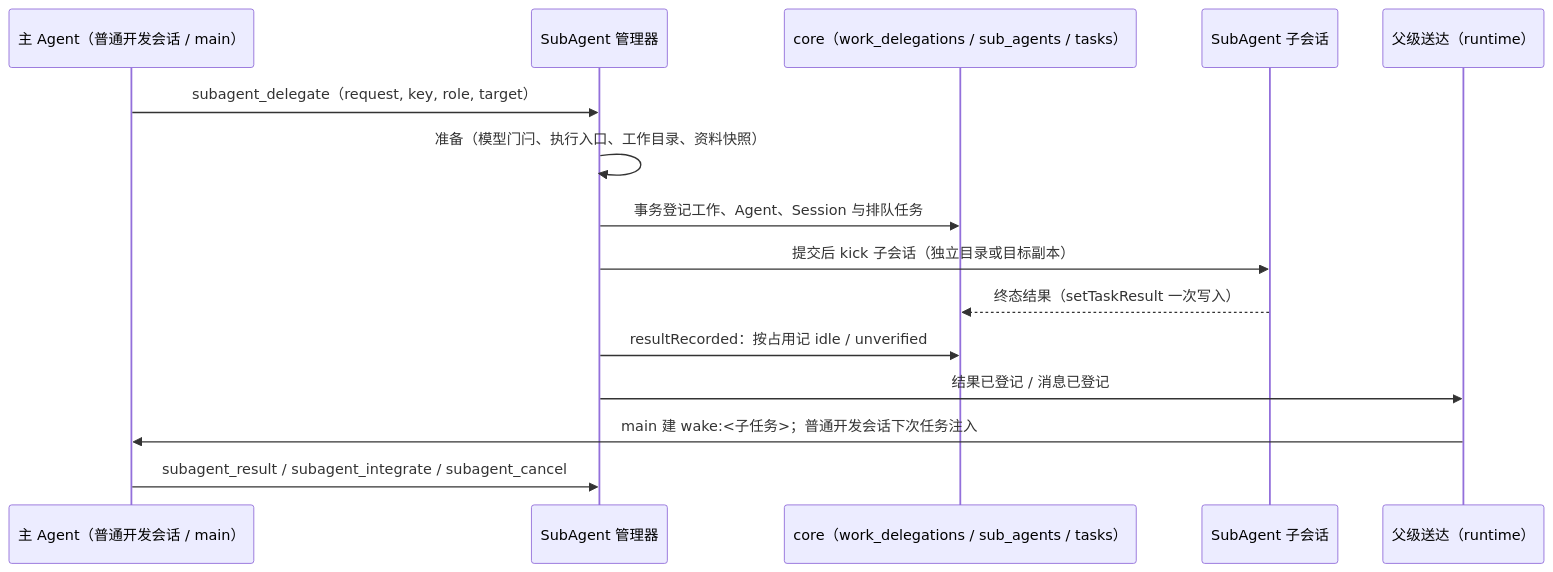
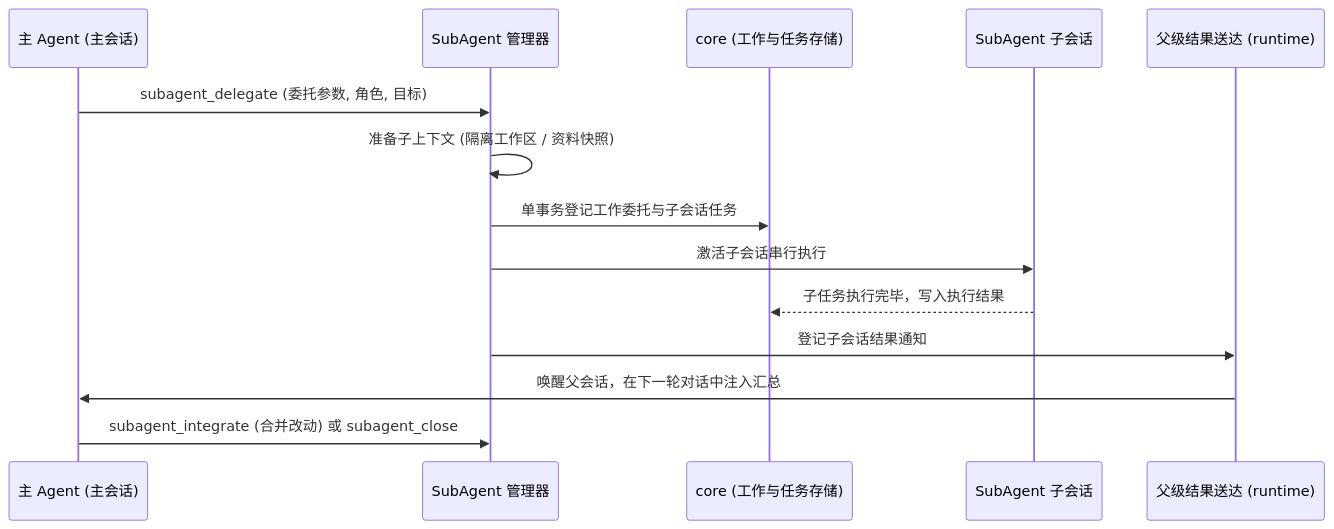
One commit to num-lab/Ruukoto changed the fourth of 4 diagrams in docs/architecture.md. Above: the diagram before and after it, drawn with Mermaid. The commit also changed other lines of this file and 19 other files, not shown here.

````diff
--- a/docs/architecture.md
+++ b/docs/architecture.md
@@ -125,18 +123,17 @@
 ```mermaid
 sequenceDiagram
-  participant PA as 主 Agent（普通开发会话 / main）
-  participant SM as SubAgent 管理器
-  participant St as core（work_delegations / sub_agents / tasks）
-  participant SA as SubAgent 子会话
-  participant PD as 父级送达（runtime）
+  participant Master as 主 Agent (主会话)
+  participant Mgr as SubAgent 管理器
+  participant Store as core (工作与任务存储)
+  participant Sub as SubAgent 子会话
+  participant Delivery as 父级结果送达 (runtime)
 
-  PA->>SM: subagent_delegate（request, key, role, target）
-  SM->>SM: 准备（模型门闩、执行入口、工作目录、资料快照）
-  SM->>St: 事务登记工作、Agent、Session 与排队任务
-  SM->>SA: 提交后 kick 子会话（独立目录或目标副本）
-  SA-->>St: 终态结果（setTaskResult 一次写入）
-  SM->>St: resultRecorded：按占用记 idle / unverified
-  SM->>PD: 结果已登记 / 消息已登记
-  PD->>PA: main 建 wake:<子任务>；普通开发会话下次任务注入
-  PA->>SM: subagent_result / subagent_integrate / subagent_cancel
+  Master->>Mgr: subagent_delegate (委托参数, 角色, 目标)
+  Mgr->>Mgr: 准备子上下文 (隔离工作区 / 资料快照)
+  Mgr->>Store: 单事务登记工作委托与子会话任务
+  Mgr->>Sub: 激活子会话串行执行
+  Sub-->>Store: 子任务执行完毕，写入执行结果
+  Mgr->>Delivery: 登记子会话结果通知
+  Delivery->>Master: 唤醒父会话，在下一轮对话中注入汇总
+  Master->>Mgr: subagent_integrate (合并改动) 或 subagent_close
 ```
````
